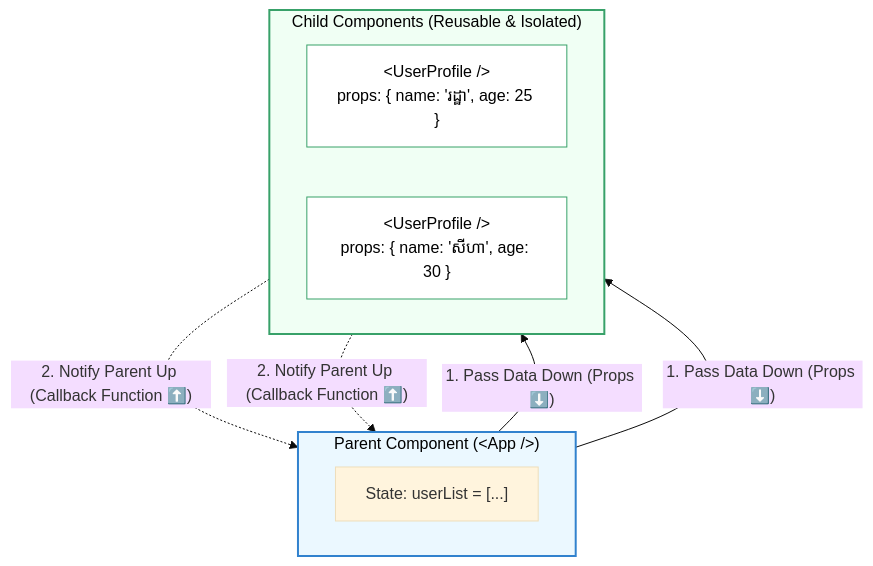
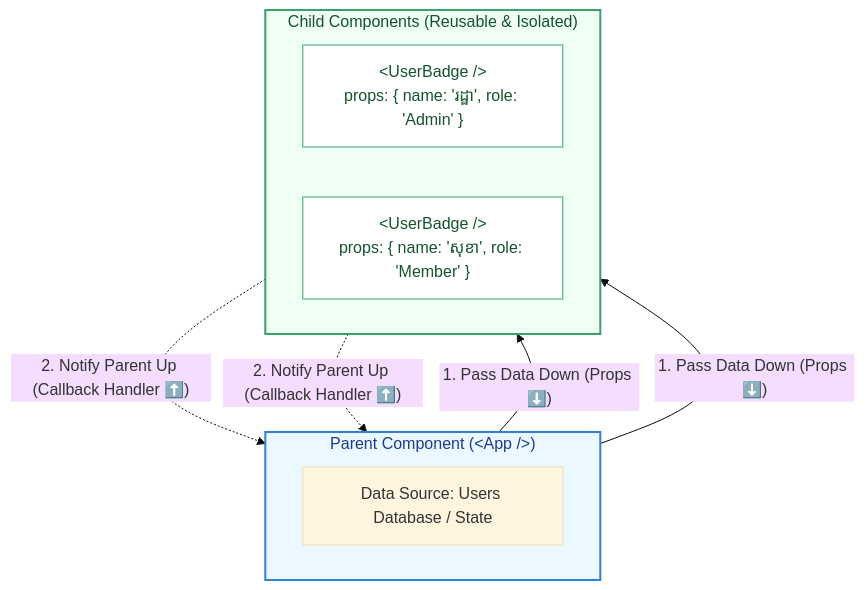
One commit to Ari-ICU/full-stack-short-coures changed the diagram in src/courses/react/module-2-props-lists-conditional/01-props-destructuring.mdx. Above: the diagram before and after it, drawn with Mermaid (base theme). The commit also changed other lines of this file and 6 other files, not shown here.

````diff
--- a/src/courses/react/module-2-props-lists-conditional/01-props-destructuring.mdx
+++ b/src/courses/react/module-2-props-lists-conditional/01-props-destructuring.mdx
@@ -29,22 +39,22 @@
 ```mermaid
 flowchart TD
     subgraph Parent["Parent Component (&lt;App /&gt;)"]
-        StateData["State: userList = [...]"]
+        StateData["Data Source: Users Database / State"]
     end
 
     subgraph Children["Child Components (Reusable & Isolated)"]
         direction LR
-        Child1["&lt;UserProfile /&gt;<br>props: { name: 'រដ្ឋា', age: 25 }"]
-        Child2["&lt;UserProfile /&gt;<br>props: { name: 'សីហា', age: 30 }"]
+        Child1["&lt;UserBadge /&gt;<br/>props: { name: 'រដ្ឋា', role: 'Admin' }"]
+        Child2["&lt;UserBadge /&gt;<br/>props: { name: 'សុខា', role: 'Member' }"]
     end
 
     Parent -->|"1. Pass Data Down (Props ⬇️)"| Child1
     Parent -->|"1. Pass Data Down (Props ⬇️)"| Child2
-    Child1 -.->|"2. Notify Parent Up (Callback Function ⬆️)"| Parent
-    Child2 -.->|"2. Notify Parent Up (Callback Function ⬆️)"| Parent
+    Child1 -.->|"2. Notify Parent Up (Callback Handler ⬆️)"| Parent
+    Child2 -.->|"2. Notify Parent Up (Callback Handler ⬆️)"| Parent
 
-    style Parent fill:#ebf8ff,stroke:#3182ce,stroke-width:2px,color:#000
-    style Children fill:#f0fff4,stroke:#38a169,stroke-width:2px,color:#000
-    style Child1 fill:#ffffff,stroke:#38a169,color:#000
-    style Child2 fill:#ffffff,stroke:#38a169,color:#000
+    style Parent fill:#ebf8ff,stroke:#3182ce,stroke-width:2px,color:#1e3a8a
+    style Children fill:#f0fff4,stroke:#38a169,stroke-width:2px,color:#14532d
+    style Child1 fill:#ffffff,stroke:#38a169,color:#14532d
+    style Child2 fill:#ffffff,stroke:#38a169,color:#14532d
 ```
````
